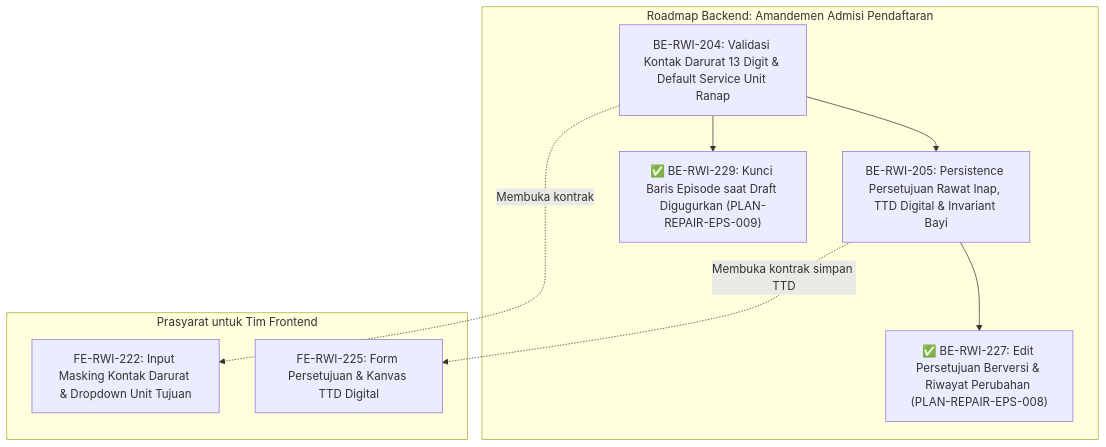
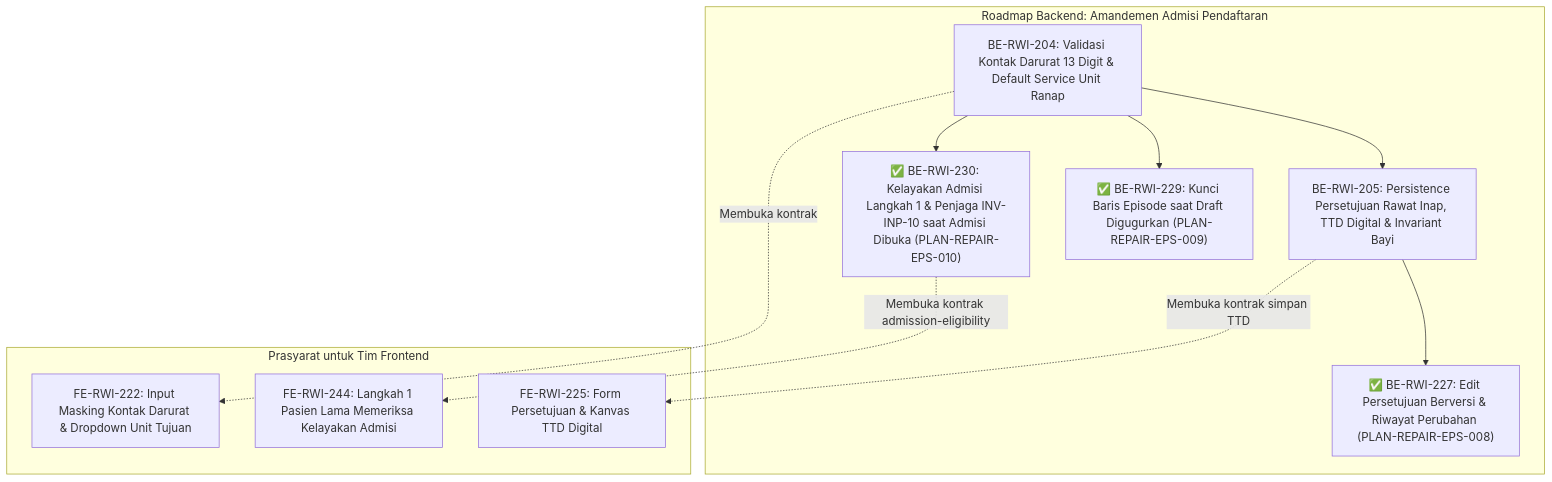
The diagram in docs/module-blueprints/rawat-inap/episode-rawat-inap/roadmap/backend-roadmap-admisi-pendaftaran.md (DevBenari/NewQuilvianSystemBackend), drawn with Mermaid before and after one commit. The commit also changed other lines of this file and 21 other files, not shown here.

First line of the commit message:
feat: Implement admission eligibility checks for existing patients in frontend and backend

````diff
--- a/docs/module-blueprints/rawat-inap/episode-rawat-inap/roadmap/backend-roadmap-admisi-pendaftaran.md
+++ b/docs/module-blueprints/rawat-inap/episode-rawat-inap/roadmap/backend-roadmap-admisi-pendaftaran.md
@@ -28,21 +28,25 @@
 ```mermaid
 flowchart TD
     subgraph backend[Roadmap Backend: Amandemen Admisi Pendaftaran]
         BE204["BE-RWI-204: Validasi Kontak Darurat 13 Digit & Default Service Unit Ranap"]
         BE205["BE-RWI-205: Persistence Persetujuan Rawat Inap, TTD Digital & Invariant Bayi"]
         BE227["✅ BE-RWI-227: Edit Persetujuan Berversi & Riwayat Perubahan (PLAN-REPAIR-EPS-008)"]
         BE229["✅ BE-RWI-229: Kunci Baris Episode saat Draft Digugurkan (PLAN-REPAIR-EPS-009)"]
+        BE230["✅ BE-RWI-230: Kelayakan Admisi Langkah 1 & Penjaga INV-INP-10 saat Admisi Dibuka (PLAN-REPAIR-EPS-010)"]
         
         BE204 --> BE205
         BE205 --> BE227
         BE204 --> BE229
+        BE204 --> BE230
     end
     
     subgraph frontendPrereq[Prasyarat untuk Tim Frontend]
         FE222["FE-RWI-222: Input Masking Kontak Darurat & Dropdown Unit Tujuan"]
         FE225["FE-RWI-225: Form Persetujuan & Kanvas TTD Digital"]
+        FE244["FE-RWI-244: Langkah 1 Pasien Lama Memeriksa Kelayakan Admisi"]
     end
     
     BE204 -.->|Membuka kontrak| FE222
     BE205 -.->|Membuka kontrak simpan TTD| FE225
+    BE230 -.->|Membuka kontrak admission-eligibility| FE244
 ```
````
